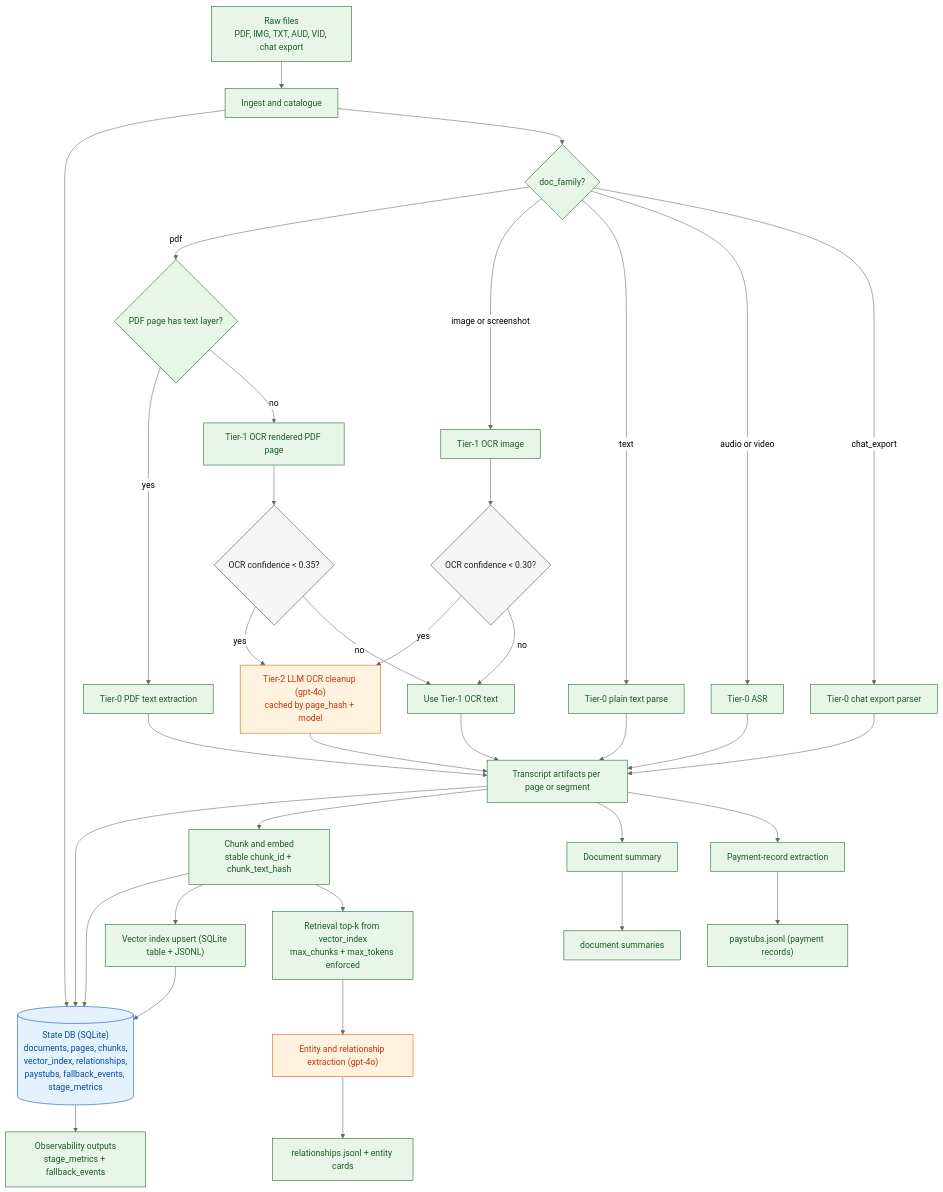
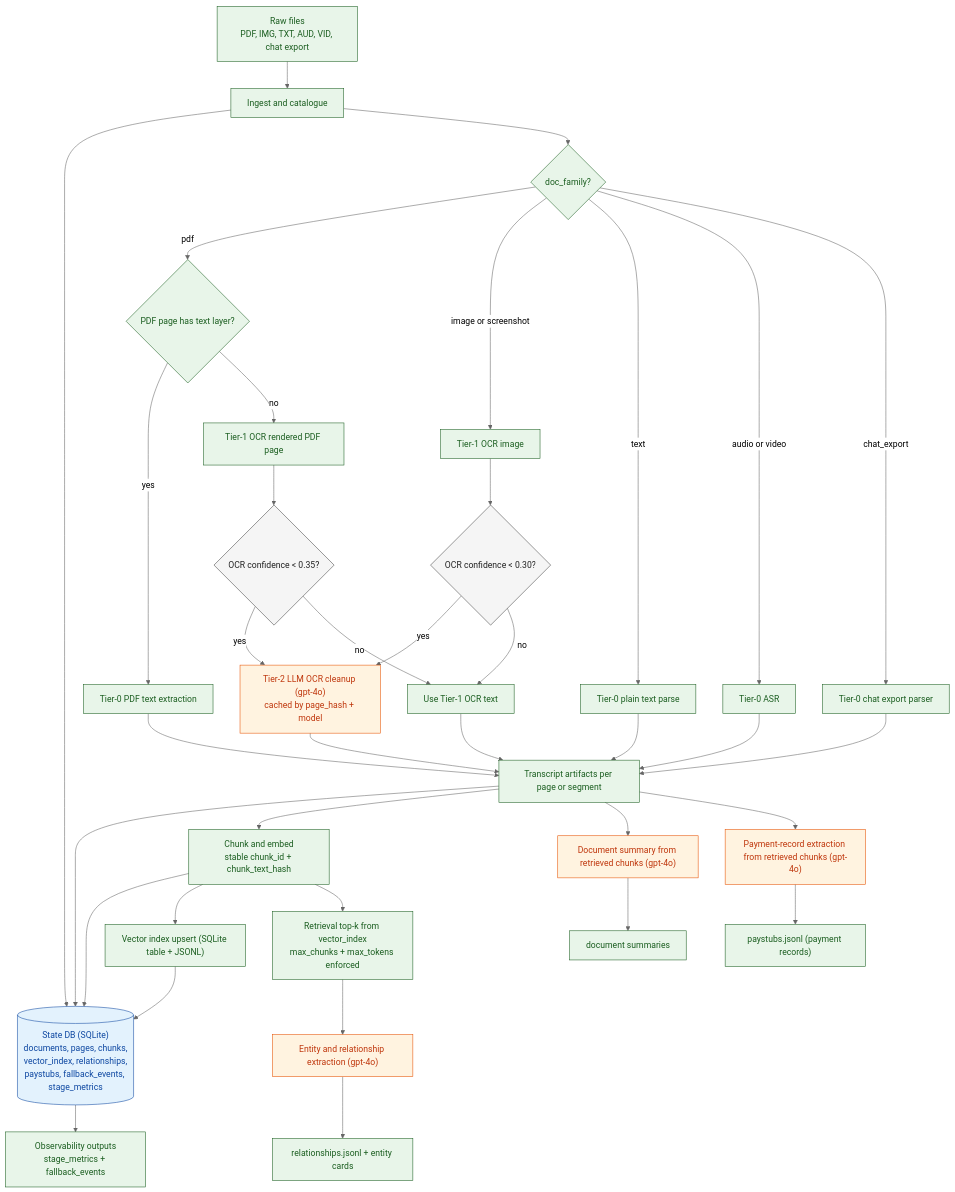
One commit to qu-genesis/agentic-parse changed the first of 2 diagrams in README.md. Above: the diagram before and after it, drawn with Mermaid (neutral theme). The commit also changed other lines of this file and 4 other files, not shown here.

````diff
--- a/README.md
+++ b/README.md
@@ -23,56 +23,56 @@
 ```mermaid
 flowchart TD
     A["Raw files<br/>PDF, IMG, TXT, AUD, VID, chat export"] --> B["Ingest and catalogue"]
     B --> C[("State DB (SQLite)<br/>documents, pages, chunks,<br/>vector_index, relationships,<br/>paystubs, fallback_events, stage_metrics")]
 
     B --> D{"doc_family?"}
     D -->|pdf| P0{"PDF page has text layer?"}
     D -->|image or screenshot| I0["Tier-1 OCR image"]
     D -->|text| T0["Tier-0 plain text parse"]
     D -->|audio or video| AV0["Tier-0 ASR"]
     D -->|chat_export| CH0["Tier-0 chat export parser"]
 
     P0 -->|yes| P1["Tier-0 PDF text extraction"]
     P0 -->|no| P2["Tier-1 OCR rendered PDF page"]
 
     P2 --> P3{"OCR confidence < 0.35?"}
     I0 --> I1{"OCR confidence < 0.30?"}
     P3 -->|yes| L1["Tier-2 LLM OCR cleanup (gpt-4o)<br/>cached by page_hash + model"]
     I1 -->|yes| L1
     P3 -->|no| X0["Use Tier-1 OCR text"]
     I1 -->|no| X0
 
     P1 --> E["Transcript artifacts per page or segment"]
     T0 --> E
     AV0 --> E
     CH0 --> E
     X0 --> E
     L1 --> E
 
     E --> C
     E --> F["Chunk and embed<br/>stable chunk_id + chunk_text_hash"]
     F --> C
     F --> V["Vector index upsert (SQLite table + JSONL)"]
     V --> C
 
-    E --> S["Document summary"]
+    E --> S["Document summary from retrieved chunks (gpt-4o)"]
     F --> R["Retrieval top-k from vector_index<br/>max_chunks + max_tokens enforced"]
     R --> EN["Entity and relationship extraction (gpt-4o)"]
-    E --> PAY["Payment-record extraction"]
+    E --> PAY["Payment-record extraction from retrieved chunks (gpt-4o)"]
 
     EN --> O1["relationships.jsonl + entity cards"]
     PAY --> O2["paystubs.jsonl (payment records)"]
     S --> O3["document summaries"]
 
     C --> M["Observability outputs<br/>stage_metrics + fallback_events"]
 
     classDef det fill:#E8F5E9,stroke:#1B5E20,color:#1B5E20,stroke-width:1px;
     classDef llm fill:#FFF3E0,stroke:#E65100,color:#BF360C,stroke-width:1px;
     classDef state fill:#E3F2FD,stroke:#0D47A1,color:#0D47A1,stroke-width:1px;
     classDef decision fill:#F5F5F5,stroke:#424242,color:#212121,stroke-width:1px;
 
-    class A,B,D,P0,P1,P2,I0,T0,AV0,CH0,X0,E,F,V,S,R,PAY,O1,O2,O3,M det;
-    class L1,EN llm;
+    class A,B,D,P0,P1,P2,I0,T0,AV0,CH0,X0,E,F,V,R,O1,O2,O3,M det;
+    class L1,EN,S,PAY llm;
     class C state;
     class P3,I1 decision;
 ```
````
